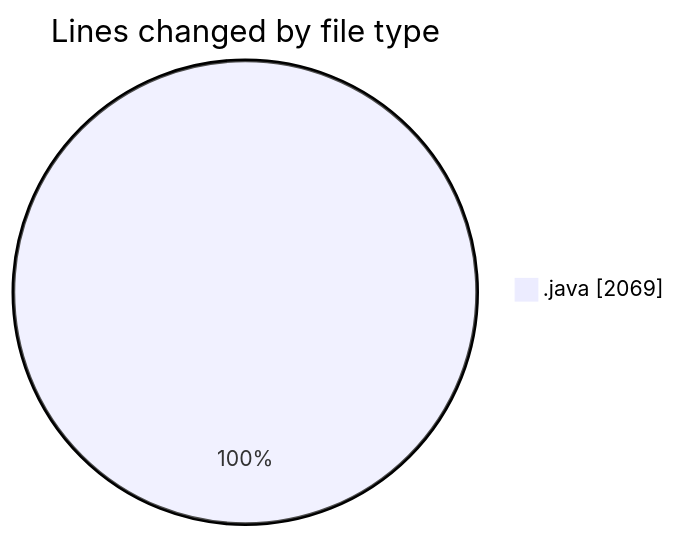
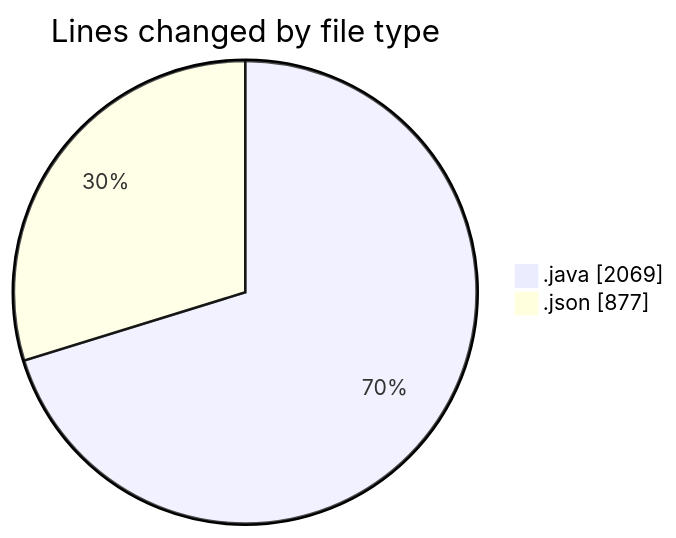
One commit to ricardozamudiocil/code-tracking changed the first of 2 diagrams in 2026-03-26/cilapp/README.md. Above: the diagram before and after it, drawn with Mermaid. The commit also changed other lines of this file and 1 other file, not shown here.

````diff
--- a/2026-03-26/cilapp/README.md
+++ b/2026-03-26/cilapp/README.md
@@ -21,5 +22,6 @@
 ```mermaid
 pie showData
 title Lines changed by file type
 ".java" : 2069
+".json" : 877
 ```
````
